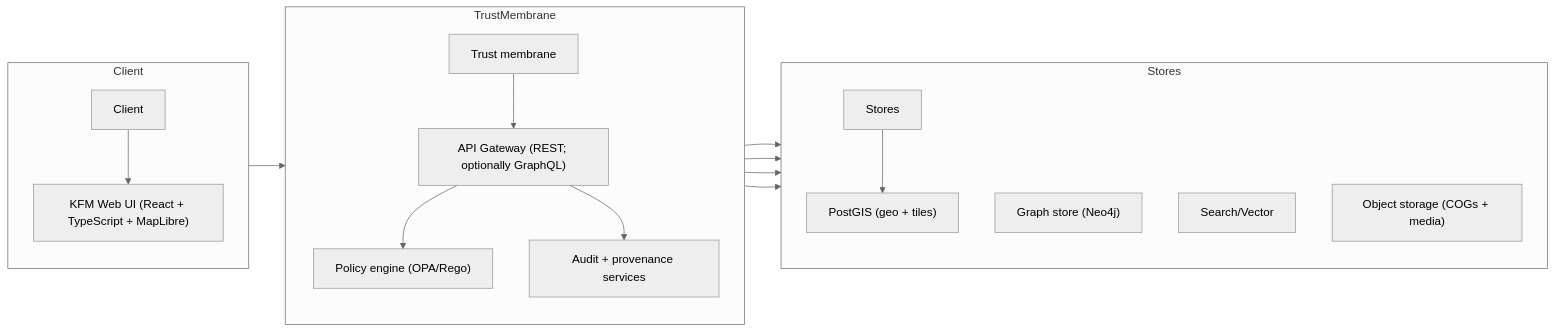
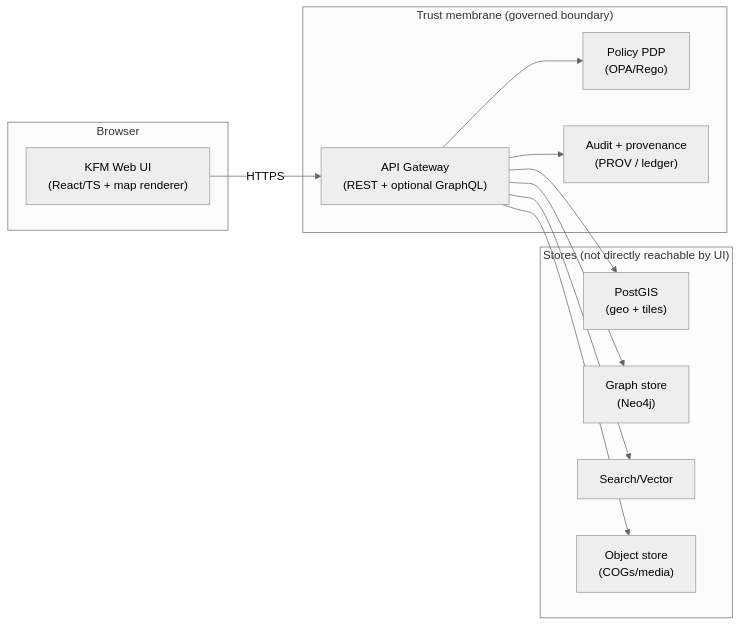
Before and after one commit to bartytime4life/Kansas-Frontier-Matrix: the diagram in web/README.md, drawn with Mermaid (neutral theme). The commit also changed other lines of this file, not shown here.

First line of the commit message:
Revise README for KFM Web UI updates

````diff
--- a/web/README.md
+++ b/web/README.md
@@ -40,36 +77,27 @@
 ```mermaid
 flowchart LR
-  subgraph Client
-    direction TB
-    UI_T["Client"]
-    UI["KFM Web UI (React + TypeScript + MapLibre)"]
-    UI_T --> UI
+  subgraph Client["Browser"]
+    UI["KFM Web UI\n(React/TS + map renderer)"]
   end
 
-  subgraph TrustMembrane
-    direction TB
-    TM_T["Trust membrane"]
-    API["API Gateway (REST; optionally GraphQL)"]
-    OPA["Policy engine (OPA/Rego)"]
-    AUDIT["Audit + provenance services"]
-    TM_T --> API
+  subgraph Boundary["Trust membrane (governed boundary)"]
+    API["API Gateway\n(REST + optional GraphQL)"]
+    PDP["Policy PDP\n(OPA/Rego)"]
+    AUD["Audit + provenance\n(PROV / ledger)"]
   end
 
-  subgraph Stores
-    direction TB
-    ST_T["Stores"]
-    PG["PostGIS (geo + tiles)"]
-    KG["Graph store (Neo4j)"]
-    S["Search/Vector"]
-    OBJ["Object storage (COGs + media)"]
-    ST_T --> PG
+  subgraph Stores["Stores (not directly reachable by UI)"]
+    PG["PostGIS\n(geo + tiles)"]
+    KG["Graph store\n(Neo4j)"]
+    SRCH["Search/Vector"]
+    OBJ["Object store\n(COGs/media)"]
   end
 
-  UI --> API
-  API --> OPA
-  API --> AUDIT
+  UI -->|HTTPS| API
+  API --> PDP
+  API --> AUD
   API --> PG
   API --> KG
-  API --> S
+  API --> SRCH
   API --> OBJ
 ```
````
